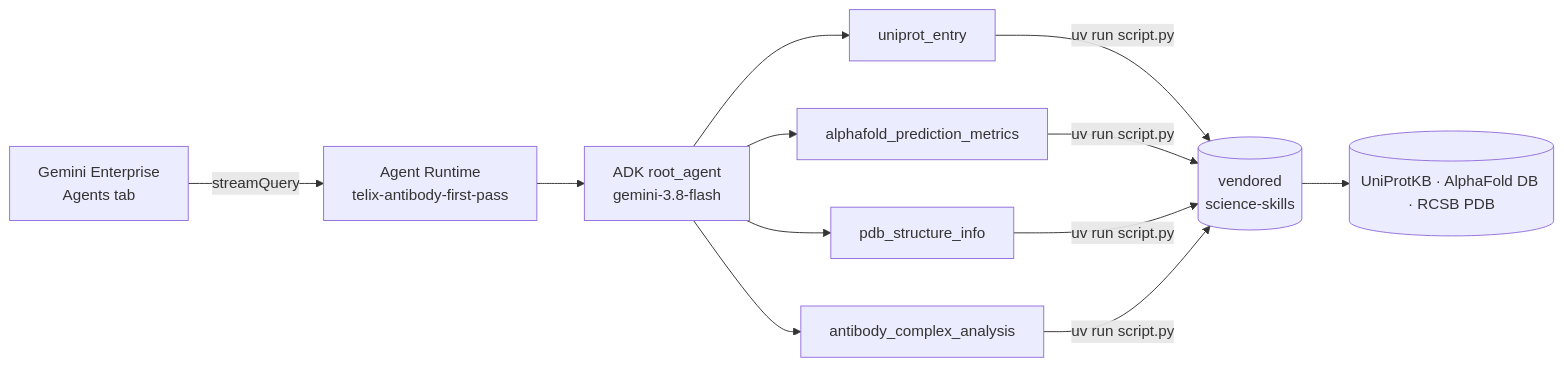
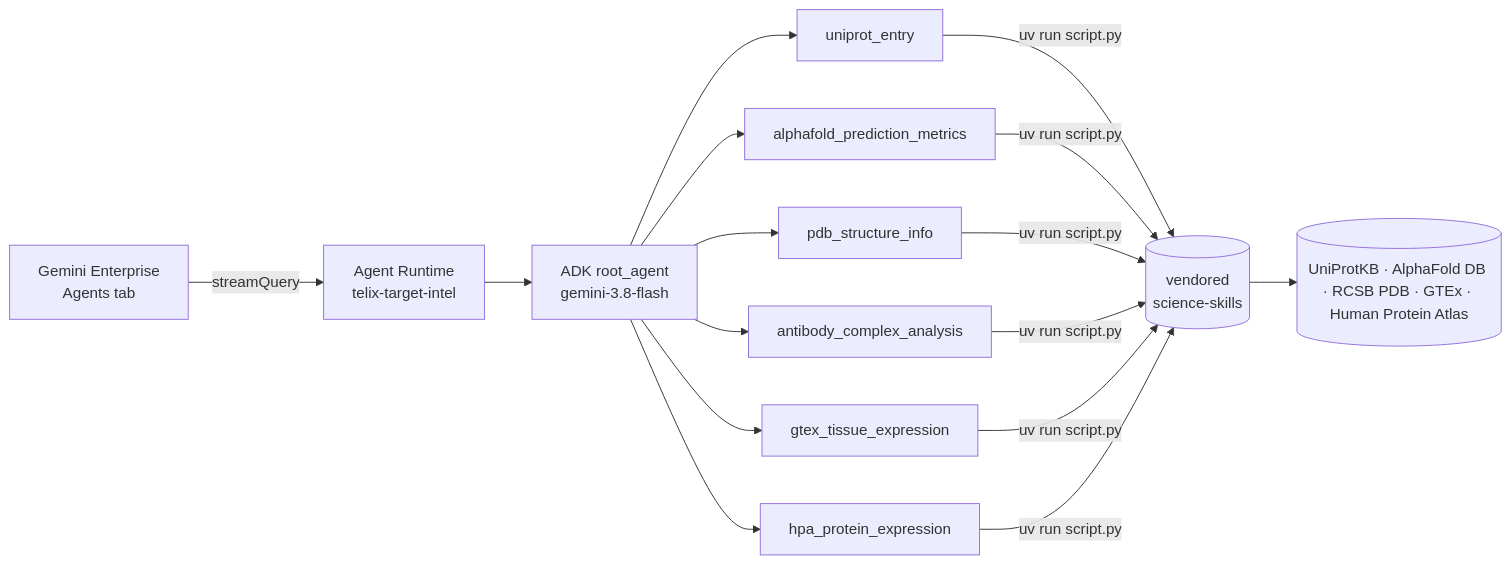
One commit to soheilage/telix-agy-v2 changed the diagram in bridge-agent/README.md. Above: the diagram before and after it, drawn with Mermaid. The commit also changed other lines of this file and 11 other files, not shown here.

First line of the commit message:
Upgrade bridge agent to Telix Target Intelligence (adds GTEx and Human Protein Atlas)

````diff
--- a/bridge-agent/README.md
+++ b/bridge-agent/README.md
@@ -24,11 +29,13 @@
 ```mermaid
 flowchart LR
-  GE[Gemini Enterprise<br/>Agents tab] -->|streamQuery| AR[Agent Runtime<br/>telix-antibody-first-pass]
+  GE[Gemini Enterprise<br/>Agents tab] -->|streamQuery| AR[Agent Runtime<br/>telix-target-intel]
   AR --> A[ADK root_agent<br/>gemini-3.8-flash]
   A --> T1[uniprot_entry]
   A --> T2[alphafold_prediction_metrics]
   A --> T3[pdb_structure_info]
   A --> T4[antibody_complex_analysis]
-  T1 & T2 & T3 & T4 -->|uv run script.py| S[(vendored<br/>science-skills)]
-  S --> DB[(UniProtKB · AlphaFold DB · RCSB PDB)]
+  A --> T5[gtex_tissue_expression]
+  A --> T6[hpa_protein_expression]
+  T1 & T2 & T3 & T4 & T5 & T6 -->|uv run script.py| S[(vendored<br/>science-skills)]
+  S --> DB[(UniProtKB · AlphaFold DB · RCSB PDB · GTEx · Human Protein Atlas)]
 ```
````
